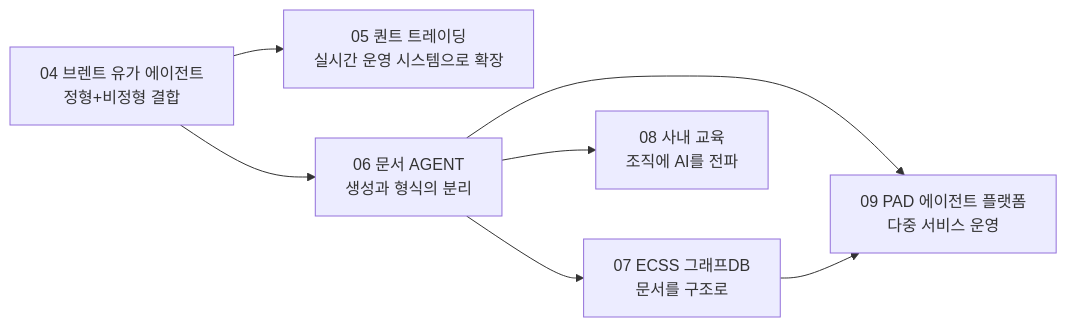
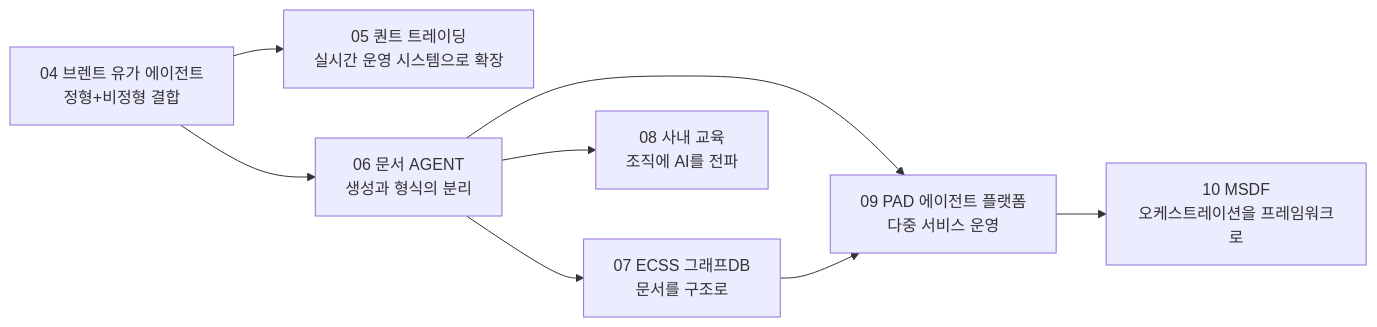
One commit to funpinbo/leejaehwi-story changed the diagram in README.md. Above: the diagram before and after it, drawn with Mermaid. The commit also changed other lines of this file and 7 other files, not shown here.

````diff
--- a/README.md
+++ b/README.md
@@ -34,10 +35,11 @@
 ```mermaid
 flowchart LR
     E[04 브렌트 유가 에이전트<br/>정형+비정형 결합]
     E --> F[05 퀀트 트레이딩<br/>실시간 운영 시스템으로 확장]
     E --> G[06 문서 AGENT<br/>생성과 형식의 분리]
     G --> H[07 ECSS 그래프DB<br/>문서를 구조로]
     G --> I[08 사내 교육<br/>조직에 AI를 전파]
     G --> J[09 PAD 에이전트 플랫폼<br/>다중 서비스 운영]
     H --> J
+    J --> K[10 MSDF<br/>오케스트레이션을 프레임워크로]
 ```
````
